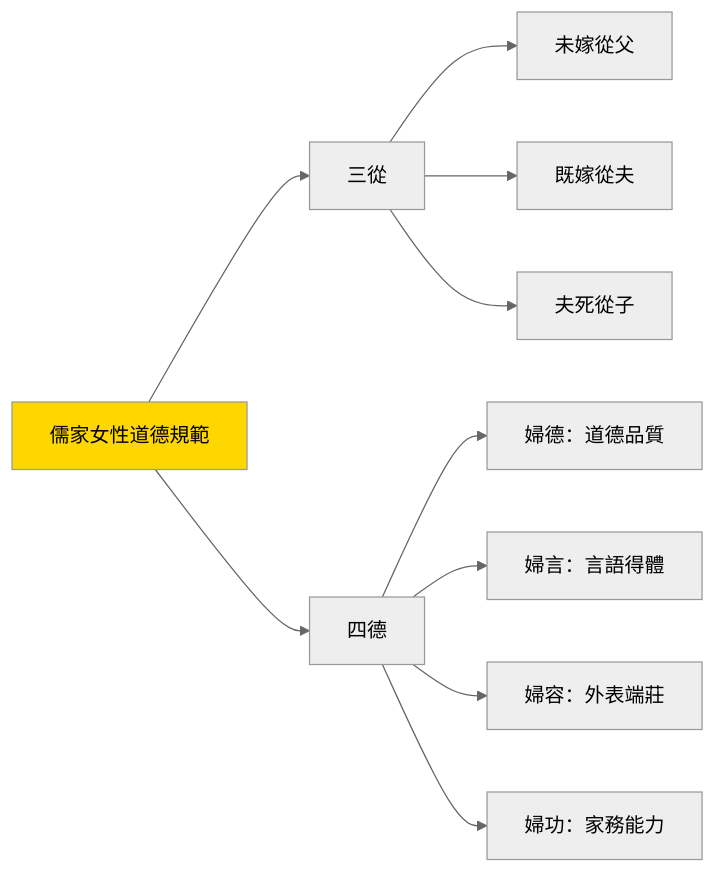
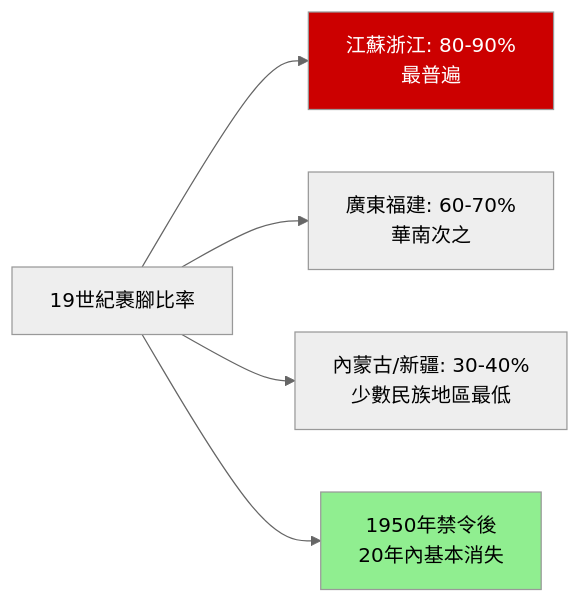
One commit to yip-lgtm/HKU-Harvard-History-Self-Study changed the second of 5 diagrams in 01_HKU_Courses/HIST2143_Love_and_loyalty_Women_and_gender.md. Above: the diagram before and after it, drawn with Mermaid (neutral theme). The commit also changed other lines of this file and 22 other files, not shown here.

````diff
--- a/01_HKU_Courses/HIST2143_Love_and_loyalty_Women_and_gender.md
+++ b/01_HKU_Courses/HIST2143_Love_and_loyalty_Women_and_gender.md
@@ -80,13 +279,10 @@
 ```mermaid
 graph LR
-    A["儒家女性道德規範"] --> B["三從"]
-    A --> C["四德"]
-    B --> B1["未嫁從父"]
-    B --> B2["既嫁從夫"]
-    B --> B3["夫死從子"]
-    C --> C1["婦德：道德品質"]
-    C --> C2["婦言：言語得體"]
-    C --> C3["婦容：外表端莊"]
-    C --> C4["婦功：家務能力"]
-    style A fill:#FFD700
+    A["19世紀裹腳比率"] --> B["江蘇浙江: 80-90%<br/>最普遍"]
+    A --> C["廣東福建: 60-70%<br/>華南次之"]
+    A --> D["內蒙古/新疆: 30-40%<br/>少數民族地區最低"]
+    A --> E["1950年禁令後<br/>20年內基本消失"]
+    
+    style B fill:#c00,color:#fff
+    style E fill:#90EE90
 ```
````
